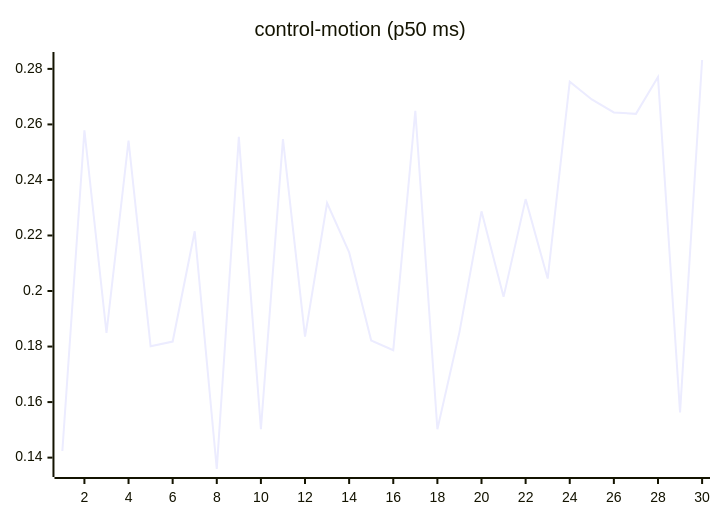
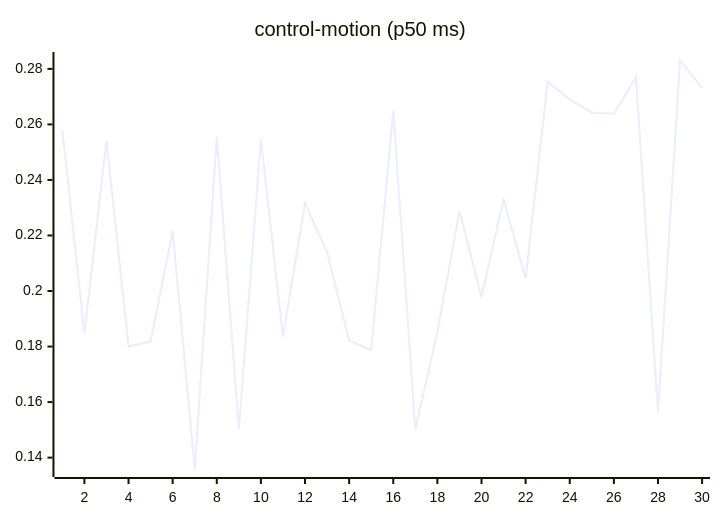
One commit to josha/Facet changed the seventh of 27 diagrams in README.md. Above: the diagram before and after it, drawn with Mermaid. The commit also changed other lines of this file and 2 other files, not shown here.

````diff
--- a/README.md
+++ b/README.md
@@ -105,6 +105,6 @@
 ```mermaid
 xychart-beta
     title "control-motion (p50 ms)"
     x-axis 1 --> 30
-    line [0.1424, 0.2579, 0.1849, 0.2542, 0.1801, 0.1818, 0.2215, 0.1359, 0.2555, 0.1502, 0.2547, 0.1836, 0.2317, 0.2139, 0.1822, 0.1787, 0.2649, 0.1502, 0.1852, 0.2287, 0.1979, 0.2331, 0.2045, 0.2754, 0.2690, 0.2643, 0.2638, 0.2771, 0.1563, 0.2832]
+    line [0.2579, 0.1849, 0.2542, 0.1801, 0.1818, 0.2215, 0.1359, 0.2555, 0.1502, 0.2547, 0.1836, 0.2317, 0.2139, 0.1822, 0.1787, 0.2649, 0.1502, 0.1852, 0.2287, 0.1979, 0.2331, 0.2045, 0.2754, 0.2690, 0.2643, 0.2638, 0.2771, 0.1563, 0.2832, 0.2731]
 ```
````
